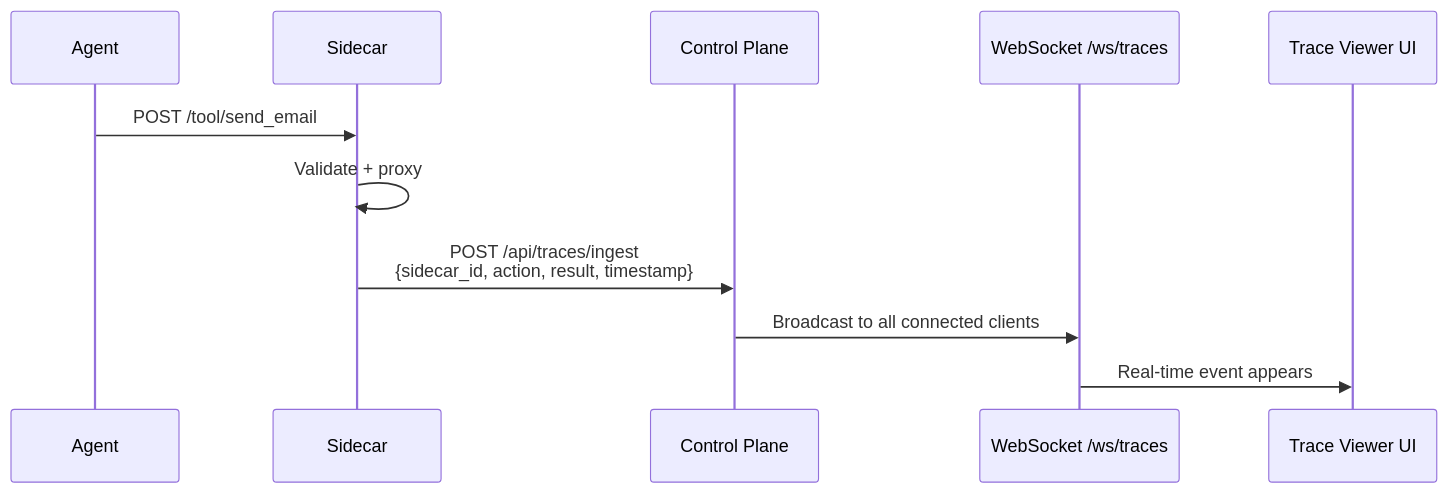
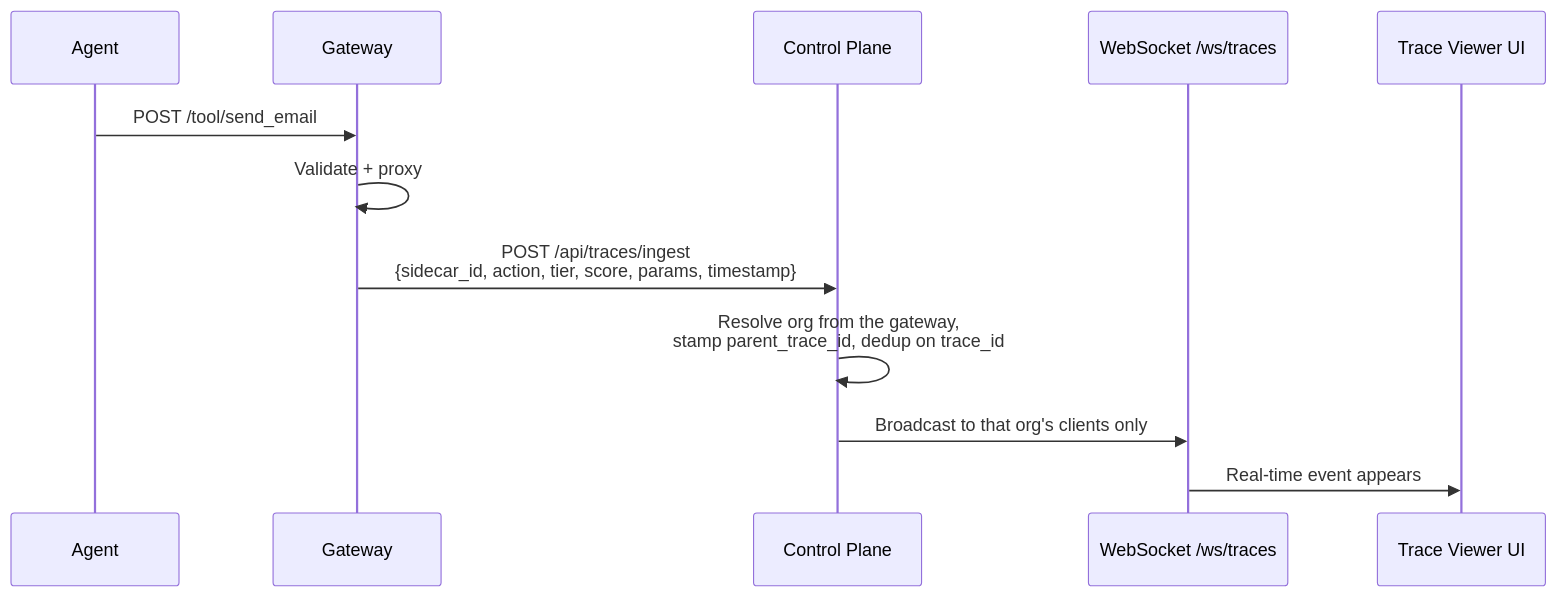
Diagram 11 of 13 in control-plane/docs/getting-started.md (hk-775/ostiari), drawn with Mermaid before and after one commit. The commit also changed other lines of this file and 21 other files, not shown here.

````diff
--- a/control-plane/docs/getting-started.md
+++ b/control-plane/docs/getting-started.md
@@ -1464,14 +1863,15 @@
 ```mermaid
 sequenceDiagram
     participant Agent
-    participant SC as Sidecar
+    participant SC as Gateway
     participant API as Control Plane
     participant WS as WebSocket /ws/traces
     participant UI as Trace Viewer UI
 
     Agent->>SC: POST /tool/send_email
     SC->>SC: Validate + proxy
-    SC->>API: POST /api/traces/ingest<br/>{sidecar_id, action, result, timestamp}
-    API->>WS: Broadcast to all connected clients
+    SC->>API: POST /api/traces/ingest<br/>{sidecar_id, action, tier, score, params, timestamp}
+    API->>API: Resolve org from the gateway,<br/>stamp parent_trace_id, dedup on trace_id
+    API->>WS: Broadcast to that org's clients only
     WS->>UI: Real-time event appears
 ```
````
